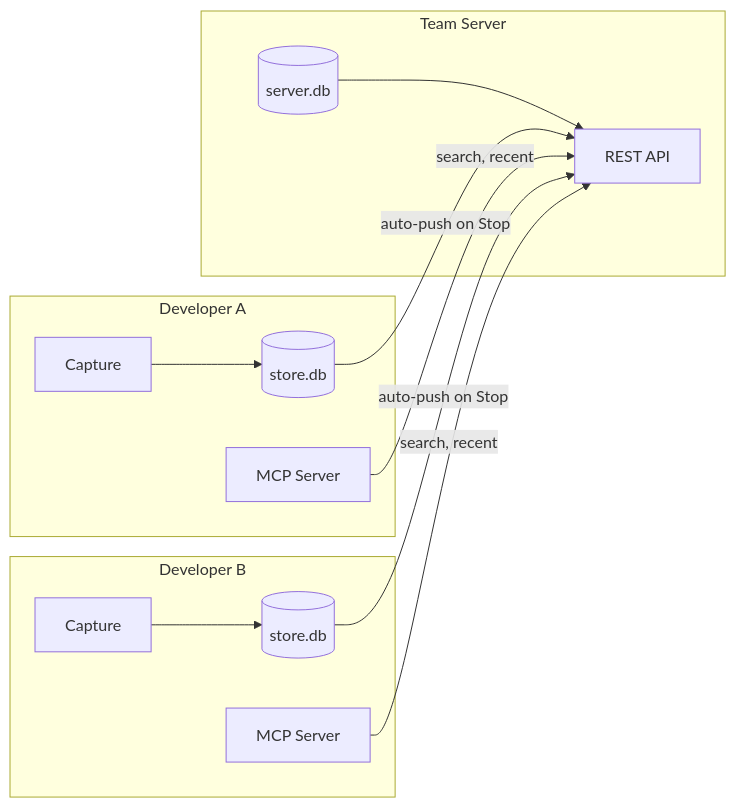
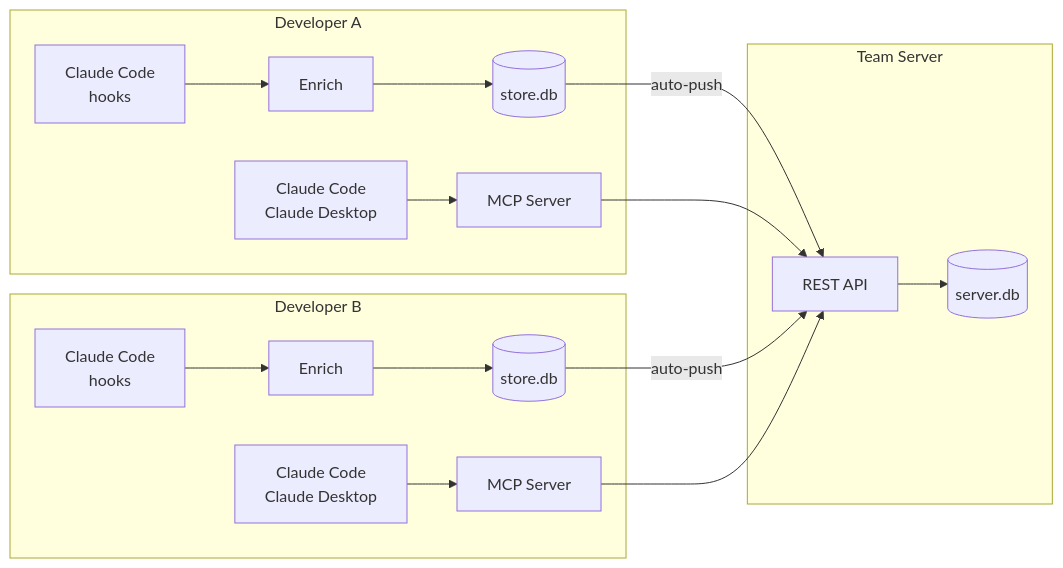
One commit to sabre-ai/hive changed the third of 3 diagrams in docs/architecture/overview.md. Above: the diagram before and after it, drawn with Mermaid. The commit also changed other lines of this file and 1 other file, not shown here.

Commit message:
Fix arrow directions in architecture diagrams (#29)
## Summary
- Fix solo mode diagram: arrows point from CLI/MCP **into** store.db
(read path), write path flows left to right
- Fix team mode diagram: correct REST API → server.db direction, show
full write path per developer, connect Claude Code/Desktop through MCP
Server
- Landing page: replace old full-pipeline diagram with solo mode view,
link to architecture for team mode details

## Test plan
- [ ] `mkdocs serve` — verify solo and team mode diagrams render
correctly
- [ ] Landing page diagram renders as solo mode with correct arrow
directions

🤖 Generated with [Claude Code](https://claude.com/claude-code)

````diff
--- a/docs/architecture/overview.md
+++ b/docs/architecture/overview.md
@@ -61,18 +59,18 @@
 ```mermaid
 flowchart LR
     subgraph DevA[Developer A]
-        CA_A[Capture] --> DB_A[(store.db)]
-        MCP_A[MCP Server]
+        CC_A[Claude Code<br/>hooks] --> E_A[Enrich] --> DB_A[(store.db)]
+        Claude_A[Claude Code<br/>Claude Desktop] --> MCP_A[MCP Server]
     end
     subgraph DevB[Developer B]
-        CA_B[Capture] --> DB_B[(store.db)]
-        MCP_B[MCP Server]
+        CC_B[Claude Code<br/>hooks] --> E_B[Enrich] --> DB_B[(store.db)]
+        Claude_B[Claude Code<br/>Claude Desktop] --> MCP_B[MCP Server]
     end
     subgraph Server[Team Server]
-        SRV[(server.db)] --> API[REST API]
+        API[REST API] --> SRV[(server.db)]
     end
-    DB_A -->|auto-push on Stop| API
-    DB_B -->|auto-push on Stop| API
-    MCP_A -->|search, recent| API
-    MCP_B -->|search, recent| API
+    DB_A -->|auto-push| API
+    DB_B -->|auto-push| API
+    MCP_A --> API
+    MCP_B --> API
 ```
````
